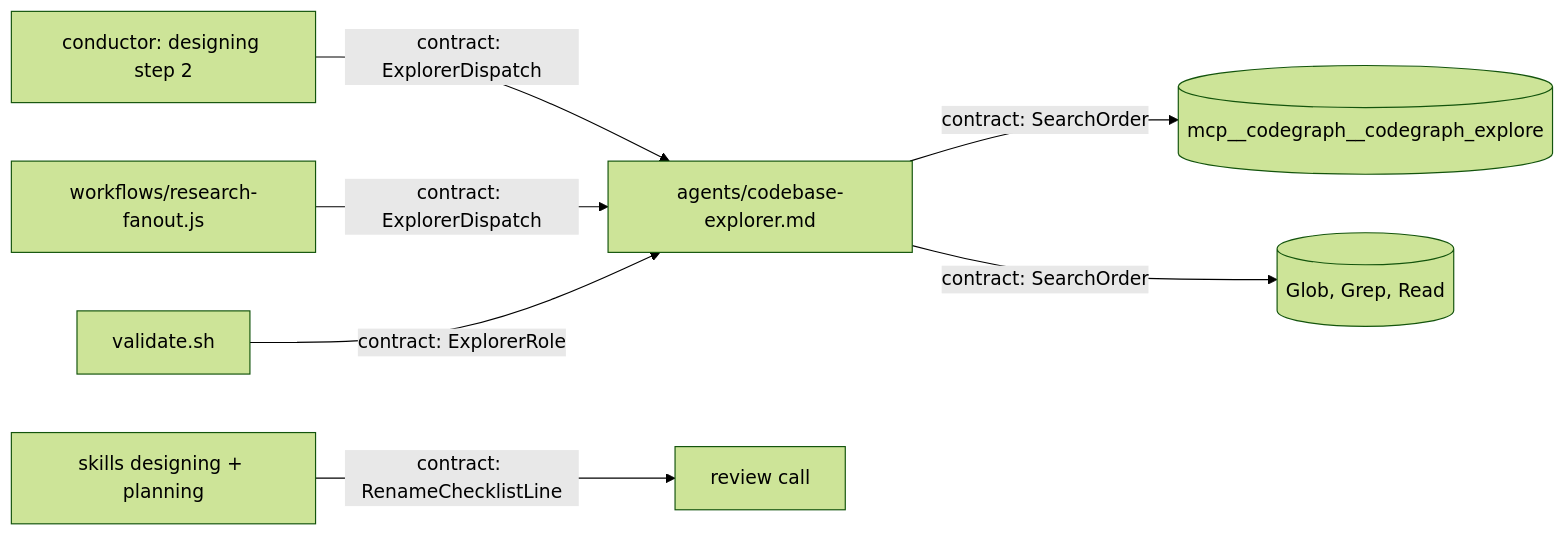
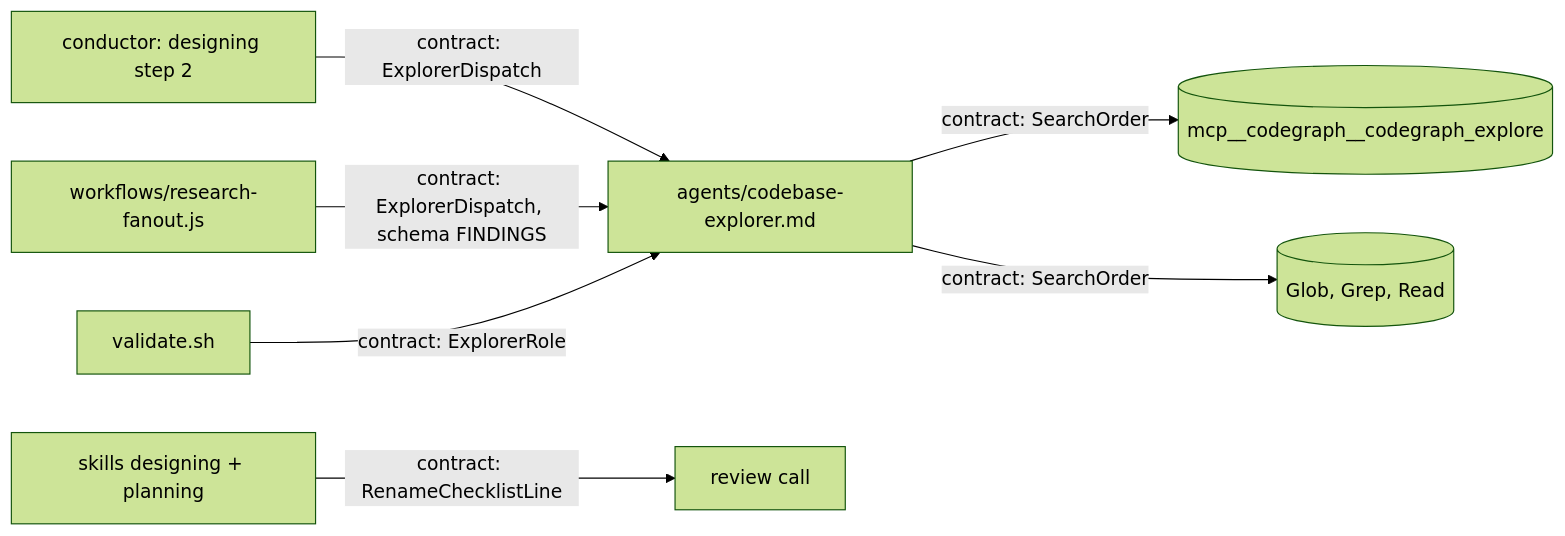
One commit to clthuang/pedantic-drip changed the diagram in docs/dev_artifacts/workitems/2026-11-03-codebase-explorer-uses-codegraph/shape.md. Above: the diagram before and after it, drawn with Mermaid (forest theme). The commit also changed other lines of this file and 2 other files, not shown here.

First line of the commit message:
design: codebase-explorer — land fix cycle 1's edits (the earlier commit carried only the log entry)

````diff
--- a/docs/dev_artifacts/workitems/2026-11-03-codebase-explorer-uses-codegraph/shape.md
+++ b/docs/dev_artifacts/workitems/2026-11-03-codebase-explorer-uses-codegraph/shape.md
@@ -68,9 +68,9 @@
 ```mermaid
 flowchart LR
     C[conductor: designing step 2] -->|contract: ExplorerDispatch| X[agents/codebase-explorer.md]
-    F[workflows/research-fanout.js] -->|contract: ExplorerDispatch| X
+    F[workflows/research-fanout.js] -->|contract: ExplorerDispatch, schema FINDINGS| X
     X -->|contract: SearchOrder| M[(mcp__codegraph__codegraph_explore)]
     X -->|contract: SearchOrder| G[(Glob, Grep, Read)]
     V[validate.sh] -->|contract: ExplorerRole| X
     R[skills designing + planning] -->|contract: RenameChecklistLine| W[review call]
 ```
````
